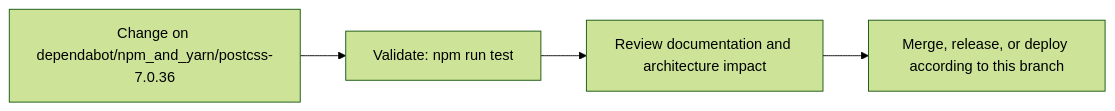
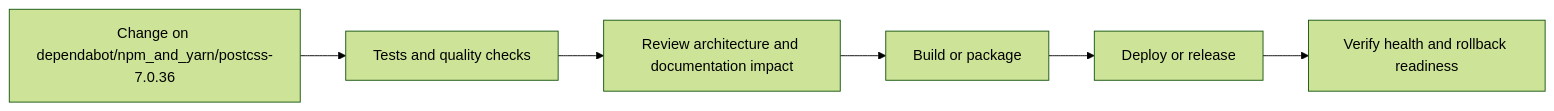
The fourth of 5 diagrams in README.md (Nischhalsubba/rismfp-ui), drawn with Mermaid (forest theme) before and after one commit. The commit also changed other lines of this file, not shown here.

````diff
--- a/README.md
+++ b/README.md
@@ -66,8 +135,8 @@
 ```mermaid
 flowchart LR
-    CHANGE["Change on dependabot/npm_and_yarn/postcss-7.0.36"]
-    CHECK["Validate: npm run test"]
-    REVIEW["Review documentation and architecture impact"]
-    RELEASE["Merge, release, or deploy according to this branch"]
-    CHANGE --> CHECK --> REVIEW --> RELEASE
+    CHANGE["Change on dependabot/npm_and_yarn/postcss-7.0.36"] --> CHECK["Tests and quality checks"]
+    CHECK --> REVIEW["Review architecture and documentation impact"]
+    REVIEW --> BUILD["Build or package"]
+    BUILD --> DEPLOY["Deploy or release"]
+    DEPLOY --> VERIFY["Verify health and rollback readiness"]
 ```
````
